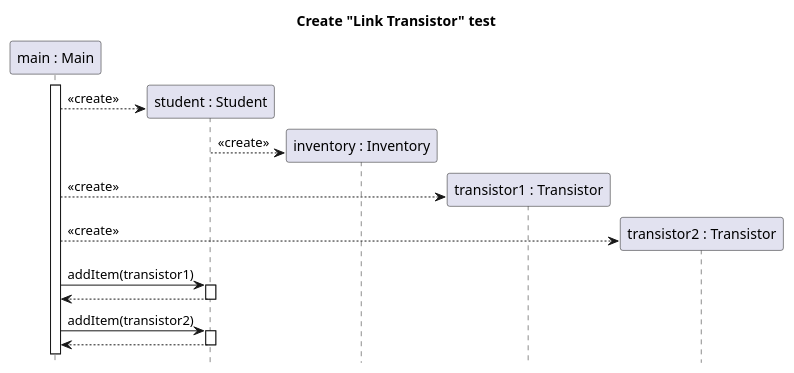
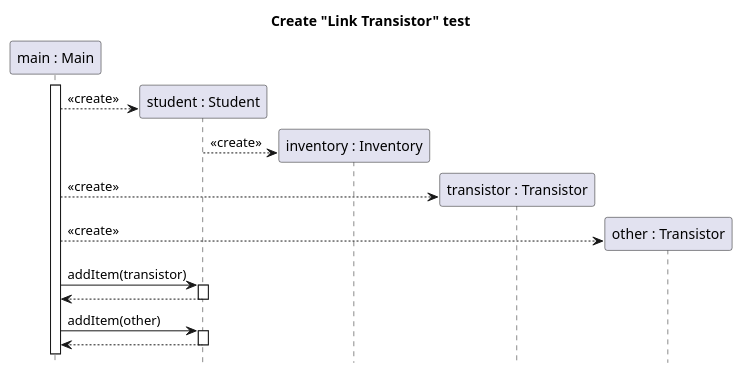
Before and after one commit to sn4k3ch4rm3r/logarlec: the diagram in docs/diagrams/test-create-sequence/link-transistor-create.puml, drawn with PlantUML. The commit also changed 1 other file, not shown here.

Commit message:
Sequence create fixing

```diff
--- a/docs/diagrams/test-create-sequence/link-transistor-create.puml
+++ b/docs/diagrams/test-create-sequence/link-transistor-create.puml
@@ -1,31 +1,31 @@
 @startuml link-transistor-create
 
 title Create "Link Transistor" test
 hide footbox
 skinparam SequenceReferenceBackgroundColor white
 
 participant "main : Main" as main
 participant "student : Student" as student
 participant "inventory : Inventory" as inventory
-participant "transistor1 : Transistor" as transistor1
-participant "transistor2 : Transistor" as transistor2
+participant "transistor : Transistor" as transistor
+participant "other : Transistor" as other
 
 main++
 create student
 main --> student : <<create>>
 
 create inventory
 student --> inventory : <<create>>
 
-create transistor1
-main --> transistor1 : <<create>>
+create transistor
+main --> transistor : <<create>>
 
-create transistor2
-main --> transistor2 : <<create>>
+create other
+main --> other : <<create>>
 
-main -> student ++: addItem(transistor1)
+main -> student ++: addItem(transistor)
 return
-main -> student ++: addItem(transistor2)
+main -> student ++: addItem(other)
 return
 
 @enduml
```
